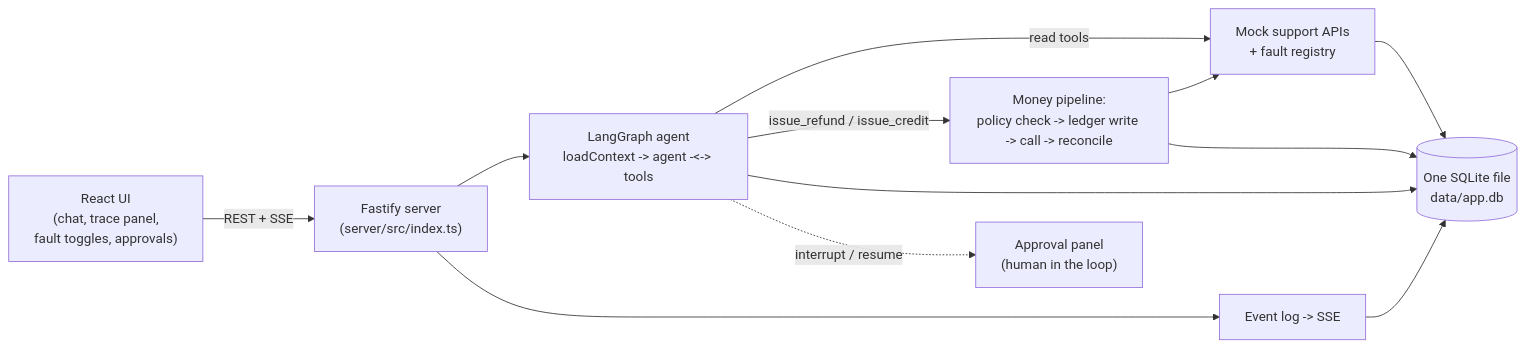
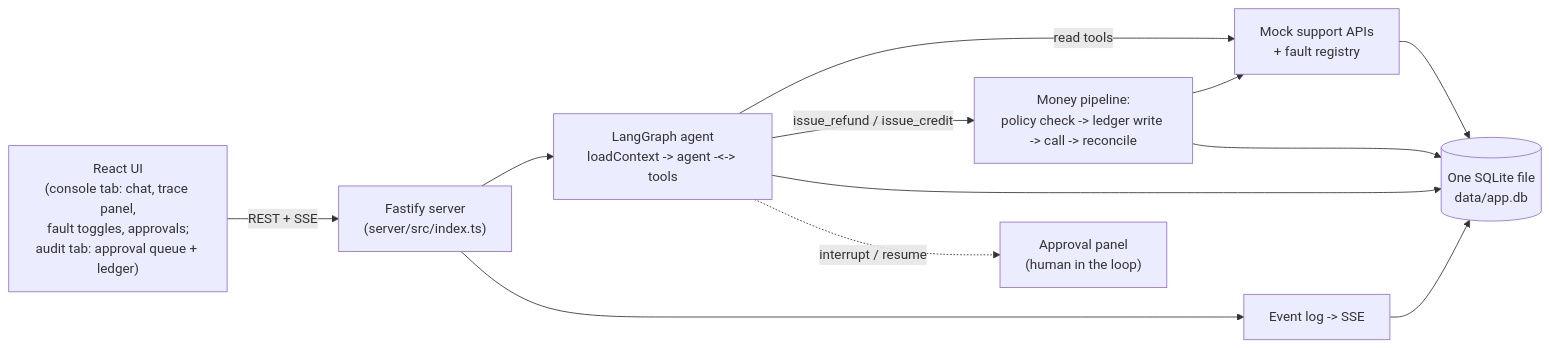
The diagram in README.md (sourabhbagrecha/CustomerSupportAgent), drawn with Mermaid before and after one commit. The commit also changed other lines of this file and 18 other files, not shown here.

````diff
--- a/README.md
+++ b/README.md
@@ -40,14 +40,14 @@
 ```mermaid
 flowchart LR
-    UI["React UI<br/>(chat, trace panel,<br/>fault toggles, approvals)"] -->|REST + SSE| API["Fastify server<br/>(server/src/index.ts)"]
+    UI["React UI<br/>(console tab: chat, trace panel,<br/>fault toggles, approvals;<br/>audit tab: approval queue + ledger)"] -->|REST + SSE| API["Fastify server<br/>(server/src/index.ts)"]
     API --> Graph["LangGraph agent<br/>loadContext -&gt; agent -&lt;-&gt; tools"]
     Graph -->|read tools| Mock["Mock support APIs<br/>+ fault registry"]
     Graph -->|issue_refund / issue_credit| Pipeline["Money pipeline:<br/>policy check -&gt; ledger write -&gt; call -&gt; reconcile"]
     Pipeline --> Mock
     Pipeline --> DB[("One SQLite file<br/>data/app.db")]
     Mock --> DB
     Graph --> DB
     API --> Events["Event log -&gt; SSE"]
     Events --> DB
     Graph -.->|interrupt / resume| Approval["Approval panel<br/>(human in the loop)"]
 ```
````
